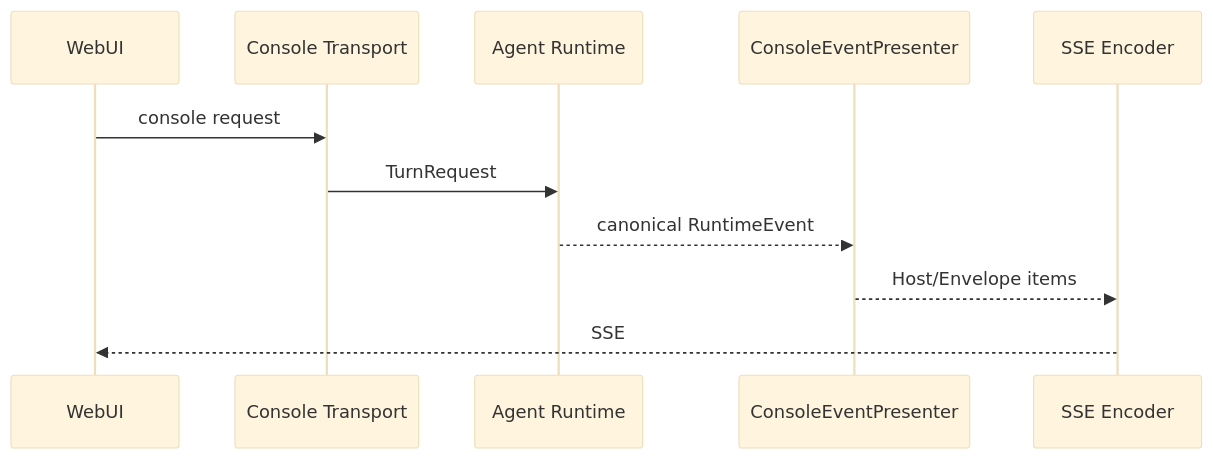
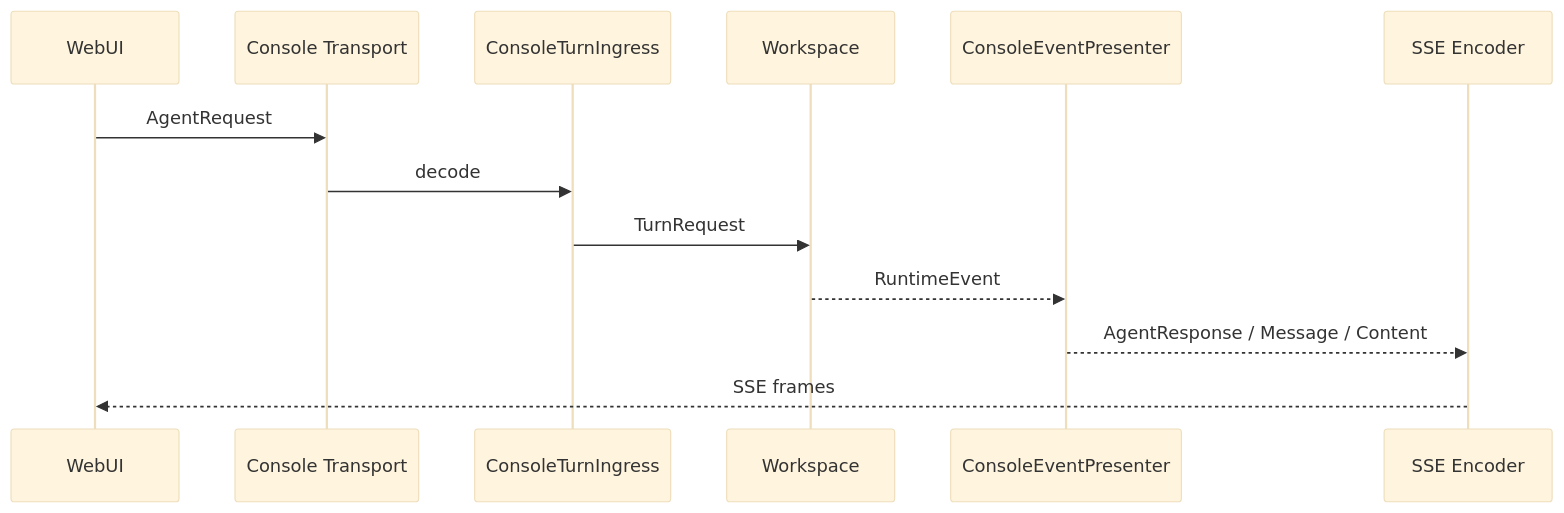
One commit to zhijianma/CoPaw changed the fourth of 5 diagrams in docs/design/channel-agent-runtime-v5.md. Above: the diagram before and after it, drawn with Mermaid (base theme). The commit also changed other lines of this file and 80 other files, not shown here.

````diff
--- a/docs/design/channel-agent-runtime-v5.md
+++ b/docs/design/channel-agent-runtime-v5.md
@@ -336,14 +195,16 @@
 ```mermaid
 sequenceDiagram
-    participant W as WebUI
-    participant C as Console Transport
-    participant R as Agent Runtime
+    participant UI as WebUI
+    participant T as Console Transport
+    participant I as ConsoleTurnIngress
+    participant W as Workspace
     participant P as ConsoleEventPresenter
     participant S as SSE Encoder
 
-    W->>C: console request
-    C->>R: TurnRequest
-    R-->>P: canonical RuntimeEvent
-    P-->>S: Host/Envelope items
-    S-->>W: SSE
+    UI->>T: AgentRequest
+    T->>I: decode
+    I->>W: TurnRequest
+    W-->>P: RuntimeEvent
+    P-->>S: AgentResponse / Message / Content
+    S-->>UI: SSE frames
 ```
````
